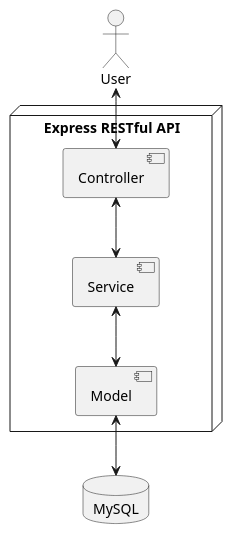
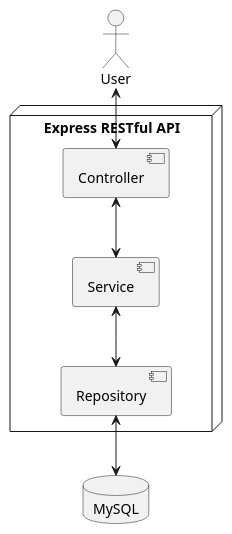
One commit to alianhakim8/restful-api-node-express-mysql changed the diagram in system-design.puml. Above: the diagram before and after it, drawn with PlantUML. The commit also changed 4 other files, not shown here.

```diff
--- a/system-design.puml
+++ b/system-design.puml
@@ -1,17 +1,17 @@
 @startuml
 
 actor "User" as user
 node "Express RESTful API" {
     component "Controller" as controller
     component "Service" as service
-    component "Model" as model
+    component "Repository" as repository
 }
 
 database "MySQL" as database
 
 user <--> controller
 controller <--> service
-service <--> model
-model <--> database
+service <--> repository
+repository <--> database
 
 @enduml
```
